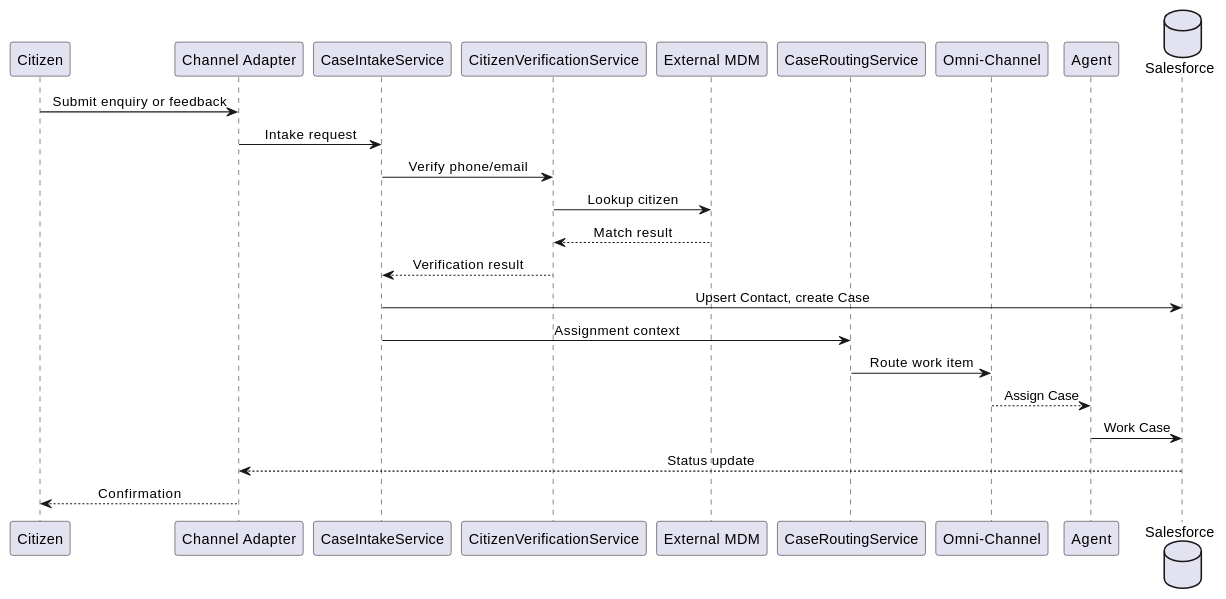
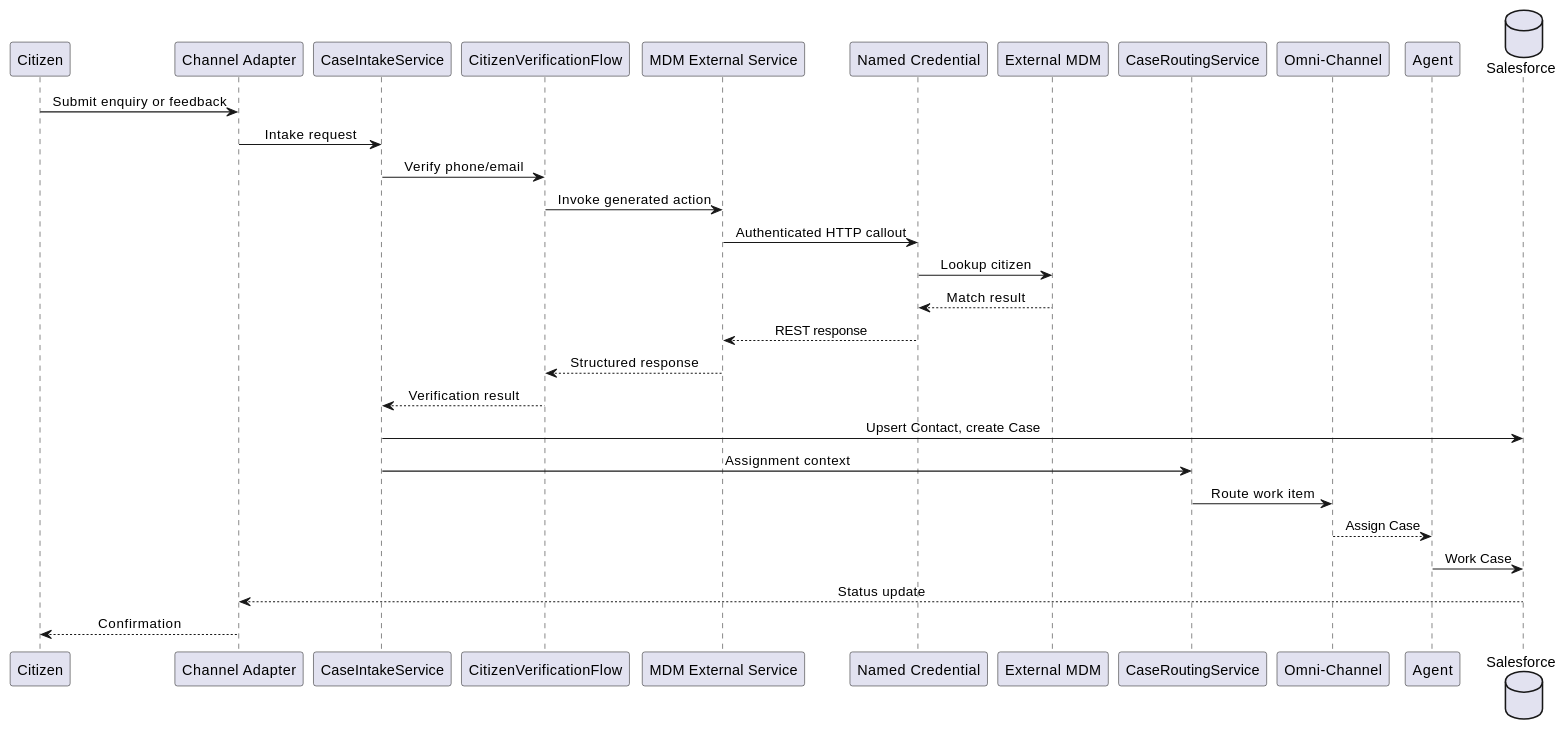
Diagram 13 of 26 in doc/SADD Task 2.md (jimmytobing/virtusa), drawn with PlantUML before and after one commit. The commit also changed other lines of this file and 7 other files, not shown here.

````diff
--- a/doc/SADD Task 2.md
+++ b/doc/SADD Task 2.md
@@ -753,30 +761,36 @@
 ```plantuml
 @startuml
 skinparam sequenceMessageAlign center
 
 participant Citizen
 participant "Channel Adapter" as Channel
 participant CaseIntakeService
-participant CitizenVerificationService
+participant CitizenVerificationFlow
+participant "MDM External Service" as ExternalService
+participant "Named Credential" as NamedCredential
 participant "External MDM" as MDM
 participant CaseRoutingService
 participant "Omni-Channel" as Omni
 participant Agent
 database Salesforce
 
 Citizen -> Channel : Submit enquiry or feedback
 Channel -> CaseIntakeService : Intake request
-CaseIntakeService -> CitizenVerificationService : Verify phone/email
-CitizenVerificationService -> MDM : Lookup citizen
-MDM --> CitizenVerificationService : Match result
-CitizenVerificationService --> CaseIntakeService : Verification result
+CaseIntakeService -> CitizenVerificationFlow : Verify phone/email
+CitizenVerificationFlow -> ExternalService : Invoke generated action
+ExternalService -> NamedCredential : Authenticated HTTP callout
+NamedCredential -> MDM : Lookup citizen
+MDM --> NamedCredential : Match result
+NamedCredential --> ExternalService : REST response
+ExternalService --> CitizenVerificationFlow : Structured response
+CitizenVerificationFlow --> CaseIntakeService : Verification result
 CaseIntakeService -> Salesforce : Upsert Contact, create Case
 CaseIntakeService -> CaseRoutingService : Assignment context
 CaseRoutingService -> Omni : Route work item
 Omni --> Agent : Assign Case
 Agent -> Salesforce : Work Case
 Salesforce --> Channel : Status update
 Channel --> Citizen : Confirmation
 
 @enduml
 ```
````
